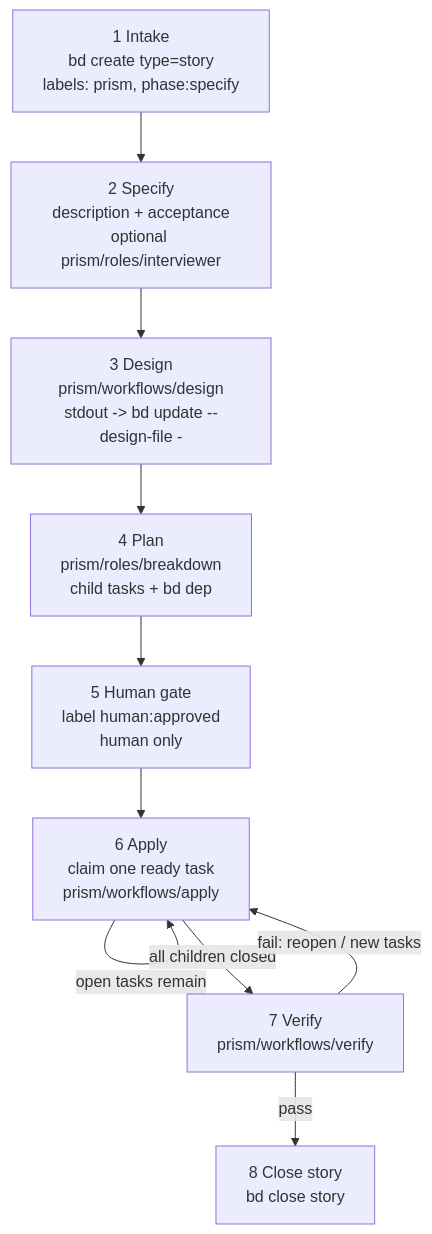
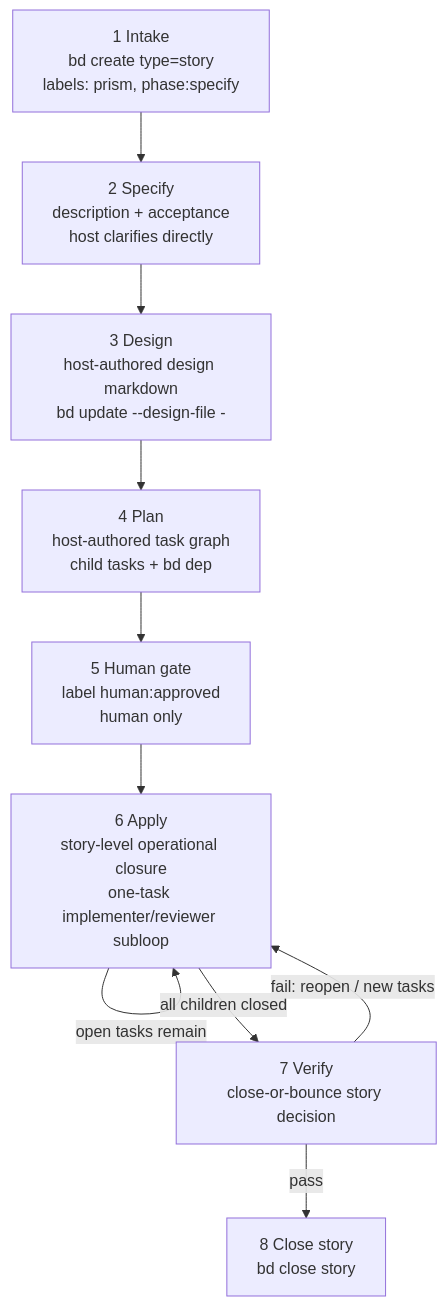
Before and after one commit to baldaworks/prism: the diagram in plugins/prism/prefixed-skills/prism-lifecycle/references/lifecycle.md, drawn with Mermaid. The commit also changed other lines of this file and 59 other files, not shown here.

Commit message:
feat: split Prism host and Callee lifecycles

````diff
--- a/plugins/prism/prefixed-skills/prism-lifecycle/references/lifecycle.md
+++ b/plugins/prism/prefixed-skills/prism-lifecycle/references/lifecycle.md
@@ -11,21 +12,21 @@
 ```mermaid
 flowchart TB
   I["1 Intake<br/>bd create type=story<br/>labels: prism, phase:specify"]
-  S["2 Specify<br/>description + acceptance<br/>optional prism/roles/interviewer"]
-  D["3 Design<br/>prism/workflows/design<br/>stdout -> bd update --design-file -"]
-  B["4 Plan<br/>prism/roles/breakdown<br/>child tasks + bd dep"]
+  S["2 Specify<br/>description + acceptance<br/>host clarifies directly"]
+  D["3 Design<br/>host-authored design markdown<br/>bd update --design-file -"]
+  B["4 Plan<br/>host-authored task graph<br/>child tasks + bd dep"]
   H["5 Human gate<br/>label human:approved<br/>human only"]
-  A["6 Apply<br/>claim one ready task<br/>prism/workflows/apply"]
-  V["7 Verify<br/>prism/workflows/verify"]
+  A["6 Apply<br/>story-level operational closure<br/>one-task implementer/reviewer subloop"]
+  V["7 Verify<br/>close-or-bounce story decision"]
   C["8 Close story<br/>bd close story"]
 
   I --> S
   S --> D
   D --> B
   B --> H
   H --> A
   A -->|"open tasks remain"| A
   A -->|"all children closed"| V
   V -->|"fail: reopen / new tasks"| A
   V -->|"pass"| C
 ```
````
